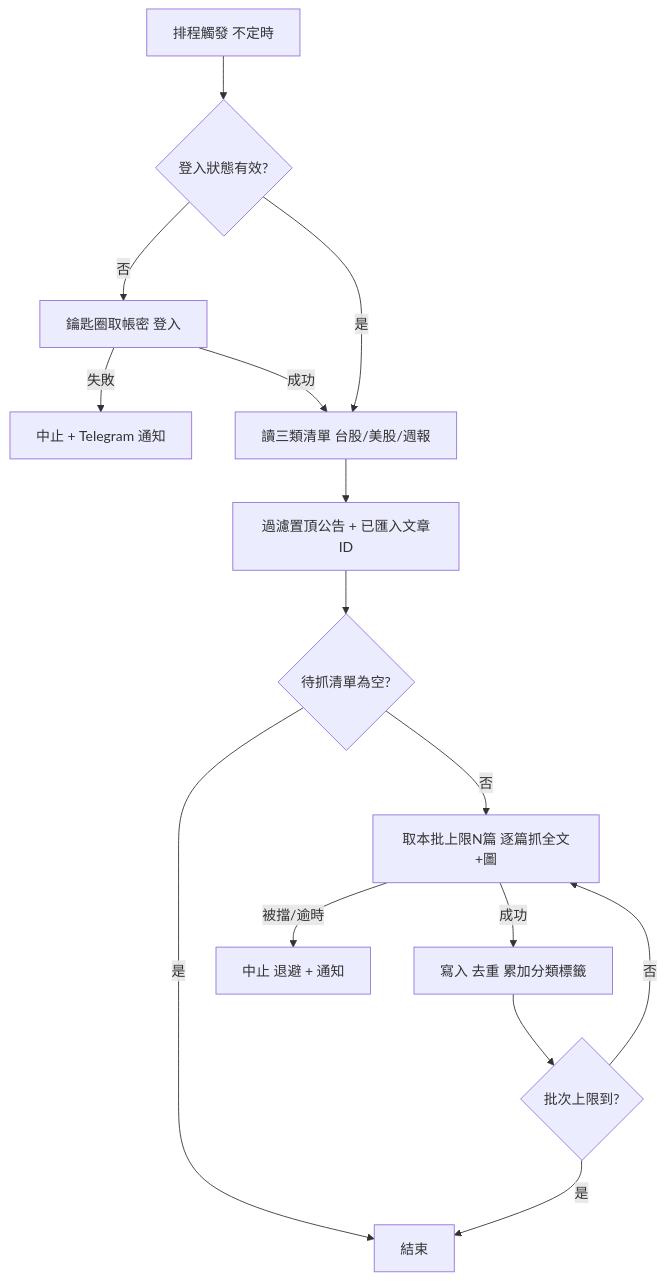
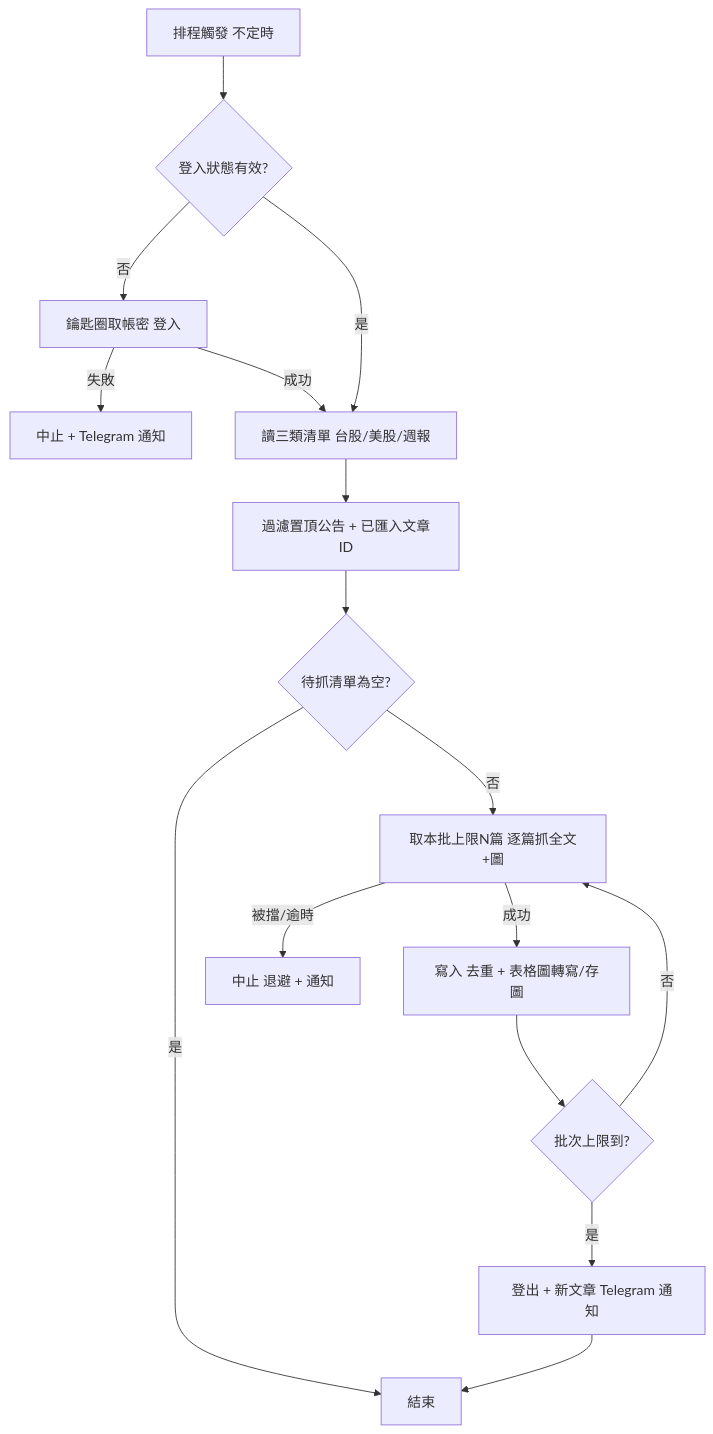
The diagram in docs/spec-intake/investanchors-import/supporting-artifacts/workflow-and-states.md (standerfly/AlphaVibe), drawn with Mermaid before and after one commit. The commit also changed 9 other files, not shown here.

````diff
--- a/docs/spec-intake/investanchors-import/supporting-artifacts/workflow-and-states.md
+++ b/docs/spec-intake/investanchors-import/supporting-artifacts/workflow-and-states.md
@@ -5,17 +5,18 @@
 ```mermaid
 flowchart TD
     A[排程觸發 不定時] --> B{登入狀態有效?}
     B -- 否 --> C[鑰匙圈取帳密 登入]
     C -- 失敗 --> X[中止 + Telegram 通知]
     C -- 成功 --> D
     B -- 是 --> D[讀三類清單 台股/美股/週報]
     D --> E[過濾置頂公告 + 已匯入文章ID]
     E --> F{待抓清單為空?}
     F -- 是 --> Z[結束]
     F -- 否 --> G[取本批上限N篇 逐篇抓全文+圖]
     G -- 被擋/逾時 --> Y[中止 退避 + 通知]
-    G -- 成功 --> H[寫入 去重 累加分類標籤]
+    G -- 成功 --> H[寫入 去重 + 表格圖轉寫/存圖]
     H --> I{批次上限到?}
     I -- 否 --> G
-    I -- 是 --> Z
+    I -- 是 --> L[登出 + 新文章 Telegram 通知]
+    L --> Z
 ```
````
